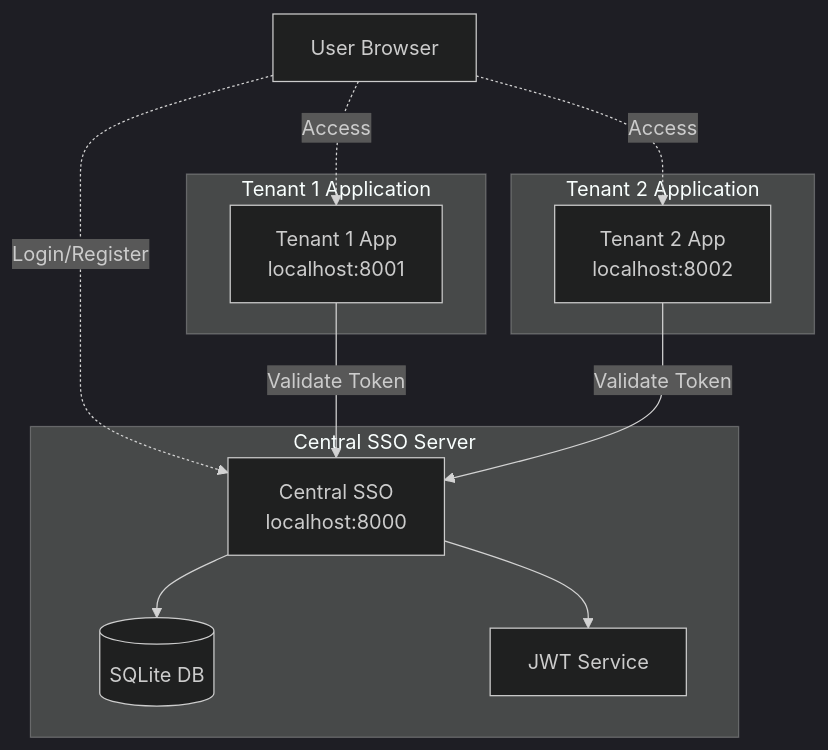
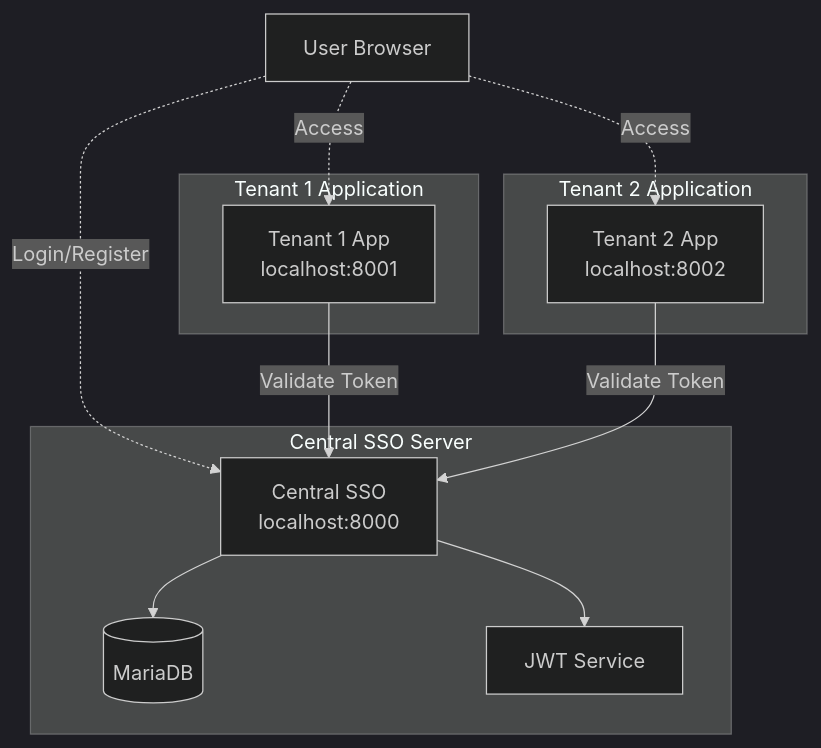
Before and after one commit to hi-dil/SSO-POC: the first of 7 diagrams in docs/authentication-flow.md, drawn with Mermaid (dark theme). The commit also changed other lines of this file and 13 other files, not shown here.

Commit message:
full sso flow

````diff
--- a/docs/authentication-flow.md
+++ b/docs/authentication-flow.md
@@ -5,26 +5,26 @@
 ```mermaid
 graph TB
     subgraph "Central SSO Server"
         SSO[Central SSO<br/>localhost:8000]
-        DB[(SQLite DB)]
+        DB[(MariaDB)]
         JWT[JWT Service]
         SSO --> DB
         SSO --> JWT
     end
     
     subgraph "Tenant 1 Application"
         T1[Tenant 1 App<br/>localhost:8001]
     end
     
     subgraph "Tenant 2 Application"
         T2[Tenant 2 App<br/>localhost:8002]
     end
     
     U[User Browser]
     
     U -.->|Login/Register| SSO
     U -.->|Access| T1
     U -.->|Access| T2
     T1 -->|Validate Token| SSO
     T2 -->|Validate Token| SSO
 ```
````
